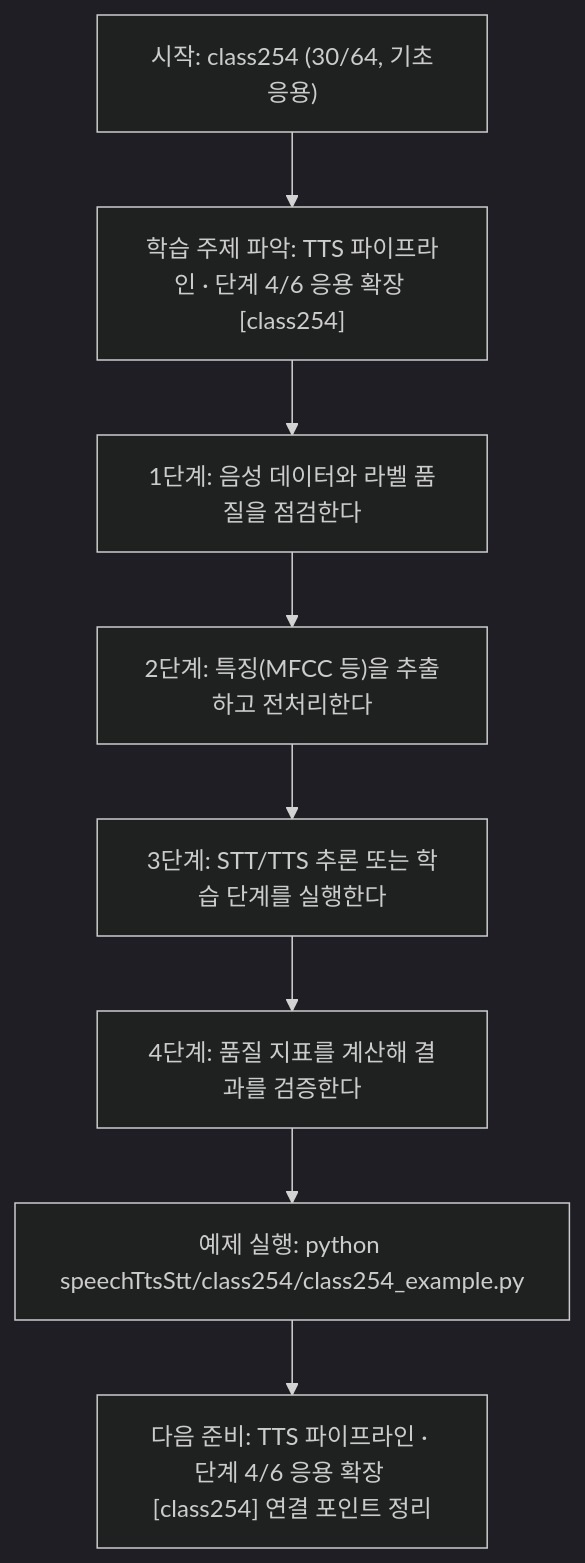
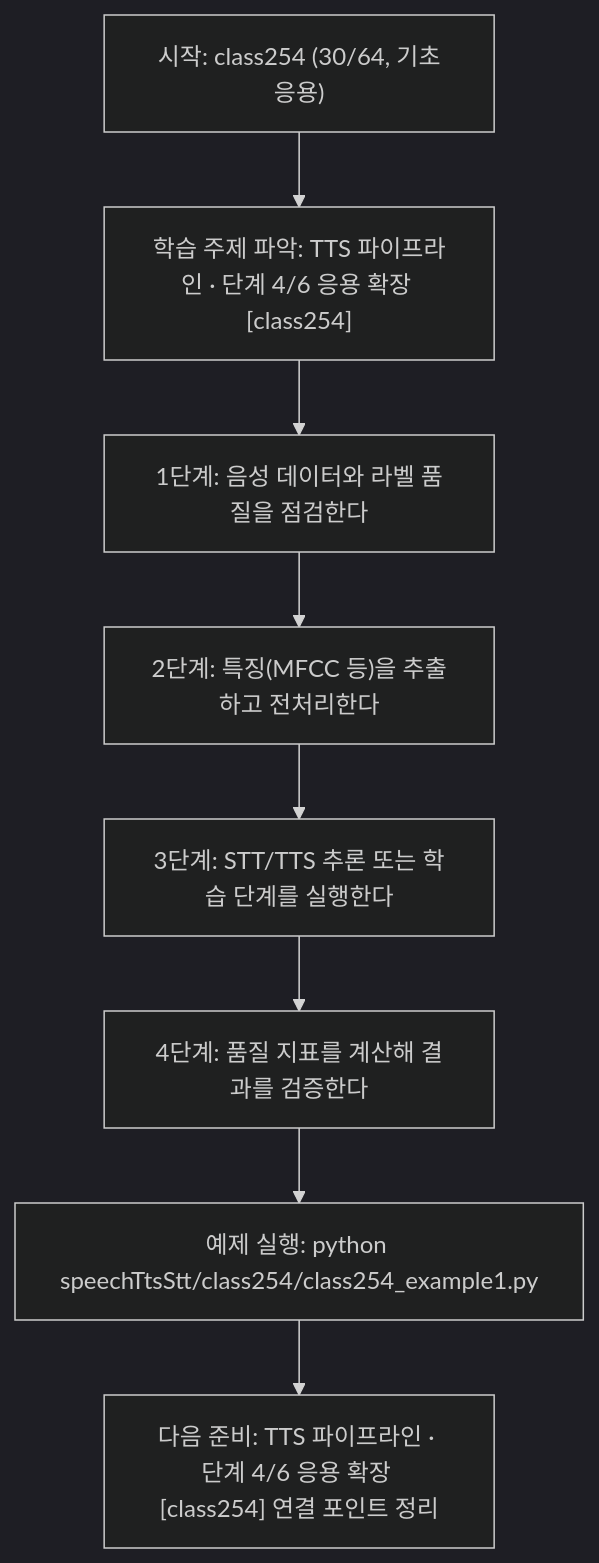
One commit to edumgt/Python-AI_Agent-Class changed the diagram in speechTtsStt/class254/class254.md. Above: the diagram before and after it, drawn with Mermaid (dark theme). The commit also changed other lines of this file and 2959 other files, not shown here.

````diff
--- a/speechTtsStt/class254/class254.md
+++ b/speechTtsStt/class254/class254.md
@@ -113,18 +113,18 @@
 ```mermaid
 flowchart TD
 N1["시작: class254 (30/64, 기초응용)"]
 N2["학습 주제 파악: TTS 파이프라인 · 단계 4/6 응용 확장 [class254]"]
 N3["1단계: 음성 데이터와 라벨 품질을 점검한다"]
 N4["2단계: 특징(MFCC 등)을 추출하고 전처리한다"]
 N5["3단계: STT/TTS 추론 또는 학습 단계를 실행한다"]
 N6["4단계: 품질 지표를 계산해 결과를 검증한다"]
-N7["예제 실행: python speechTtsStt/class254/class254_example.py"]
+N7["예제 실행: python speechTtsStt/class254/class254_example1.py"]
 N8["다음 준비: TTS 파이프라인 · 단계 4/6 응용 확장 [class254] 연결 포인트 정리"]
 N1 --> N2
 N2 --> N3
 N3 --> N4
 N4 --> N5
 N5 --> N6
 N6 --> N7
 N7 --> N8
 ```
````
